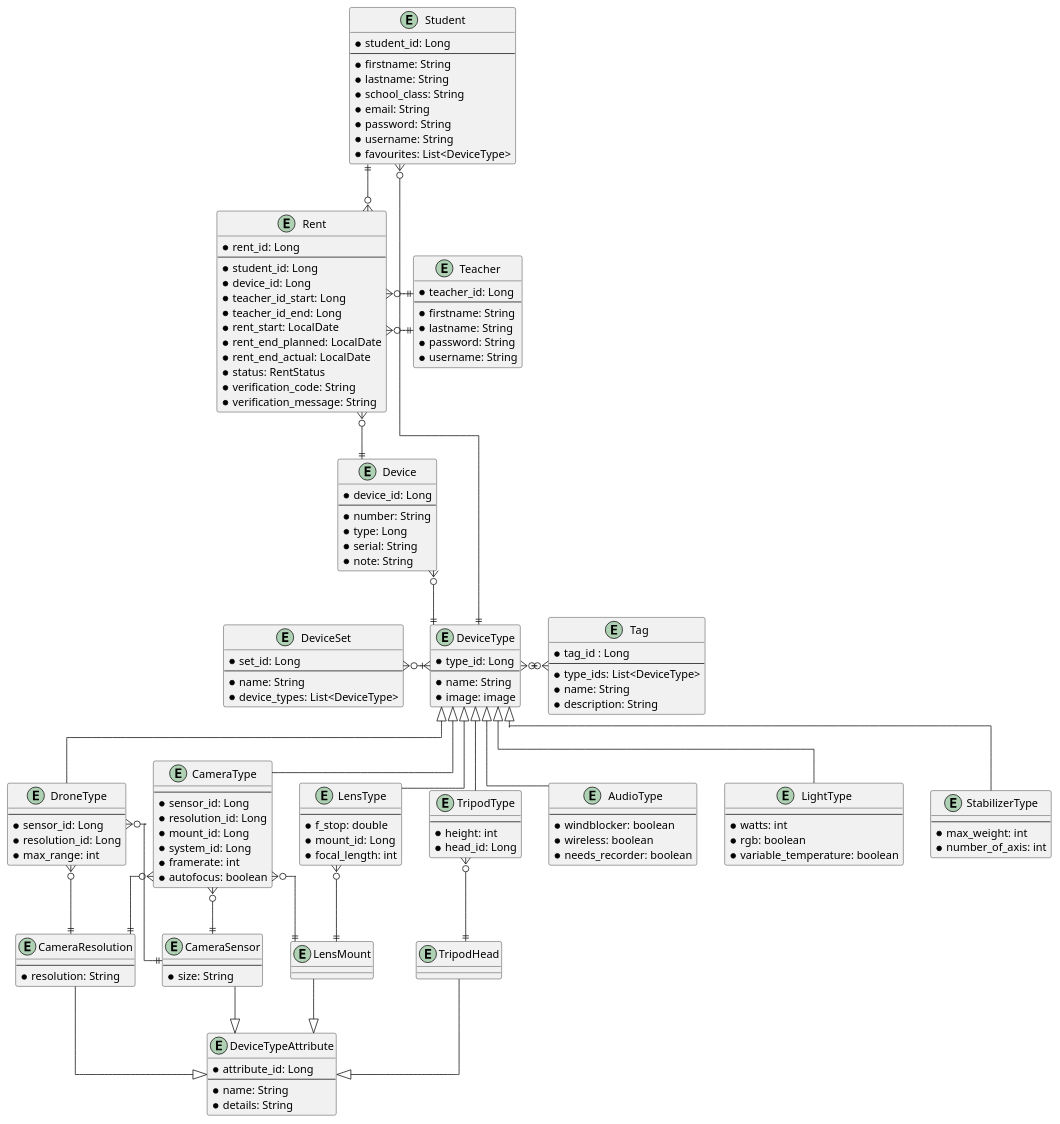
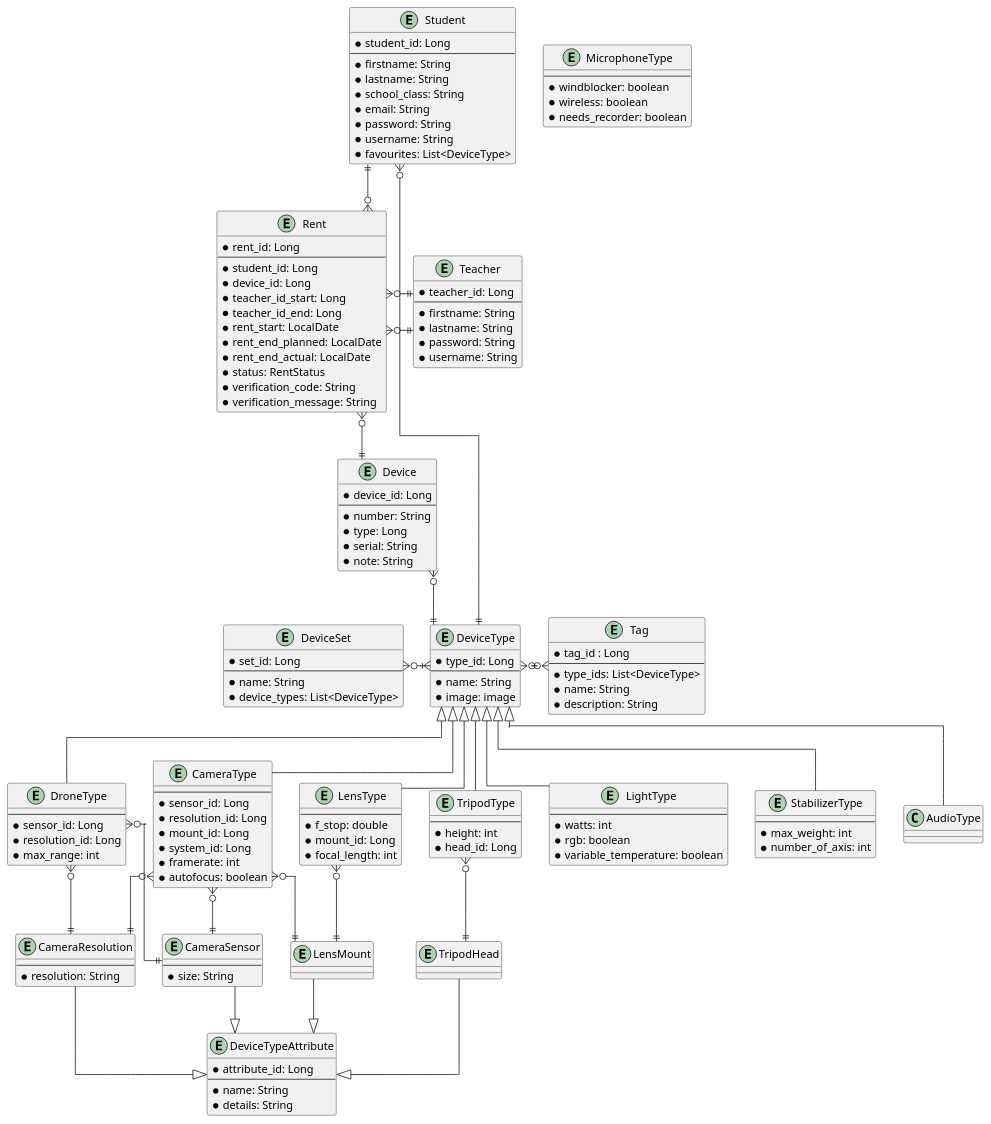
Before and after one commit to htl-leo-itp-2325-4-5BHITM/cam-connect: the diagram in docs/uml.puml, drawn with PlantUML. The commit also changed 2 other files, not shown here.

```diff
--- a/docs/uml.puml
+++ b/docs/uml.puml
@@ -1,176 +1,176 @@
 @startuml
   skinparam linetype ortho
 
 	entity DeviceType {
 		* type_id: Long
 		--
 		* name: String
 		* image: image
 	}
 
 	entity CameraType {
 		--
 		* sensor_id: Long
 		* resolution_id: Long
 		* mount_id: Long
 		* system_id: Long
 		* framerate: int
 		* autofocus: boolean
 	}
 
 	entity DroneType {
 		--
 		* sensor_id: Long
 		* resolution_id: Long
 		* max_range: int
 	}
 
 	entity LensType {
 		--
 		* f_stop: double
 		* mount_id: Long
 		* focal_length: int
 	}
 
-	entity AudioType {
+	entity MicrophoneType {
 		--
 		* windblocker: boolean
 		* wireless: boolean
 		* needs_recorder: boolean
 	}
 
 	entity LightType {
 		--
 		* watts: int
 		* rgb: boolean
 		* variable_temperature: boolean
 	}
 
 	entity TripodType {
 		--
 		* height: int
 		* head_id: Long
 	}
 
 	entity StabilizerType {
 		--
 		* max_weight: int
 		* number_of_axis: int
 	}
 
 	DeviceType <|-down- CameraType
 	DeviceType <|-down- AudioType
 	DeviceType <|-down- LightType
 	DeviceType <|-down- TripodType
 	DeviceType <|-down- StabilizerType
 	DeviceType <|-down- DroneType
 	DeviceType <|-down- LensType
 
 	entity DeviceTypeAttribute {
 		* attribute_id: Long
 		--
 		* name: String
 		* details: String
 	}
 
 	entity TripodHead {
 	}
 
 	entity LensMount {
 	}
 
 	entity CameraSensor {
 		--
 		* size: String
 	}
 
 	entity CameraResolution {
 		--
 		* resolution: String
 	}
 
 	DeviceTypeAttribute <|-up- TripodHead
 	DeviceTypeAttribute <|-up- LensMount
 	DeviceTypeAttribute <|-up- CameraSensor
 	DeviceTypeAttribute <|-up- CameraResolution
 
 
 	TripodType }o--|| TripodHead
 	LensType }o--|| LensMount
 	CameraType }o--|| LensMount
 	CameraType }o--|| CameraSensor
 	DroneType }o--|| CameraSensor
 	DroneType }o--|| CameraResolution
 	CameraType }o--|| CameraResolution
 
 	entity Device {
 		* device_id: Long
 		--
 		* number: String
 		* type: Long
 		* serial: String
 		* note: String
 	}
 
 	entity Rent{
 		* rent_id: Long
 		--
 		* student_id: Long
 		* device_id: Long
 		* teacher_id_start: Long
 		* teacher_id_end: Long
 		* rent_start: LocalDate
 		* rent_end_planned: LocalDate
 		* rent_end_actual: LocalDate
 		* status: RentStatus
 		* verification_code: String
 		* verification_message: String
 	}
 
 	entity Tag {
 		* tag_id : Long
 		--
 		* type_ids: List<DeviceType>
 		* name: String
 		* description: String
 	}
 
 	entity Student {
 		* student_id: Long
 		--
 		* firstname: String
 		* lastname: String
 		* school_class: String
 		* email: String
 		* password: String
 		* username: String
 		* favourites: List<DeviceType>
 	}
 
 	entity Teacher {
 		* teacher_id: Long
 		--
 		* firstname: String
 		* lastname: String
 		* password: String
 		* username: String
 	}
 
 	entity DeviceSet {
 		* set_id: Long
 		--
 		* name: String
 		* device_types: List<DeviceType>
 	}
 
 	Device }o-down-|| DeviceType
 	DeviceType }|-left-o{ DeviceSet
 	DeviceType }o-right-o{ Tag
 
 	Rent }o--|| Device
 	Rent }o-up-|| Student
 	Rent }o-right-|| Teacher
 	Rent }o-right-|| Teacher
 
 	Student }o--|| DeviceType
 @enduml
```
